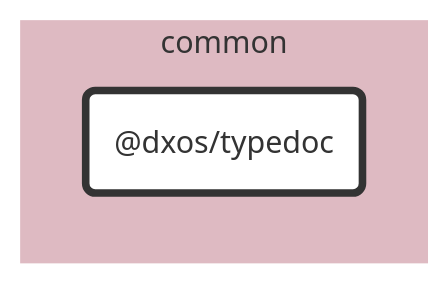
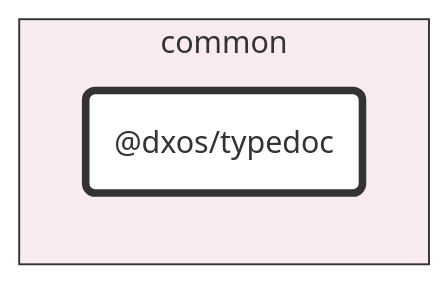
The diagram in packages/common/typedoc/docs/README.md (dxos/dxos), drawn with Mermaid before and after one commit. The commit also changed 93 other files, not shown here.

First line of the commit message:
chore: hierarchical graphs. (#1583)

````diff
--- a/packages/common/typedoc/docs/README.md
+++ b/packages/common/typedoc/docs/README.md
@@ -7,20 +7,20 @@
 ```mermaid
 %%{ init: {'flowchart':{'curve':'basis'}} }%%
 
 flowchart LR
 
 %% Classes
 classDef def fill:#fff,stroke:#333,stroke-width:1px
 classDef root fill:#fff,stroke:#333,stroke-width:4px
 
 %% Nodes
 
 subgraph common [common]
-  style common fill:#debac2,stroke:#fff
+  style common fill:#faebee,stroke:#333
   dxos/typedoc("@dxos/typedoc"):::root
   click dxos/typedoc "dxos/dxos/tree/main/packages/common/typedoc/docs"
 end
 
 %% Links
 linkStyle default stroke:#333,stroke-width:1px
 ```
````
